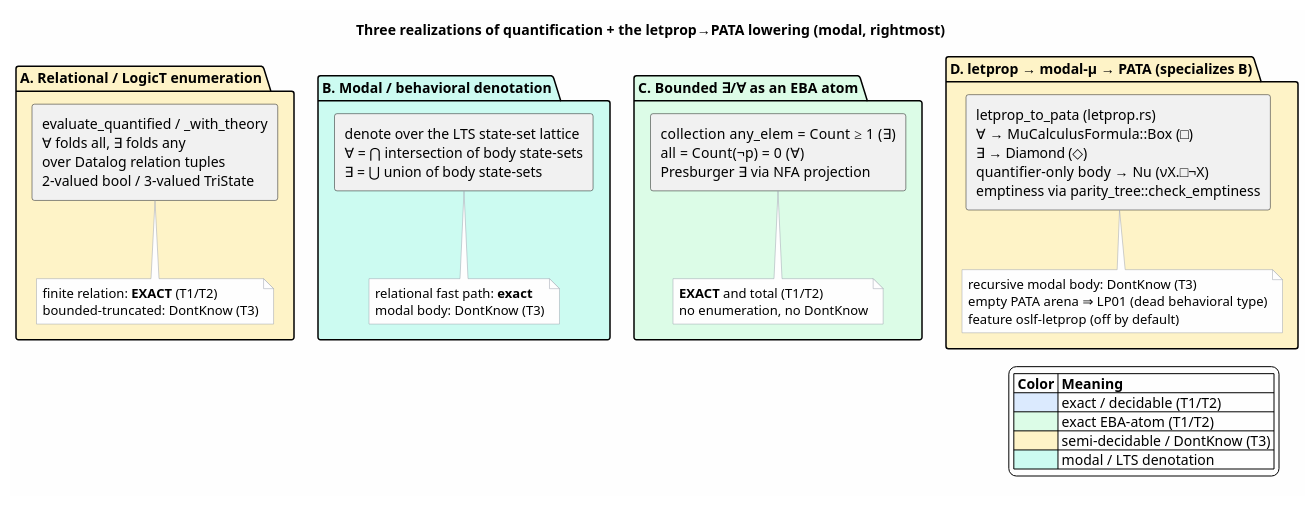
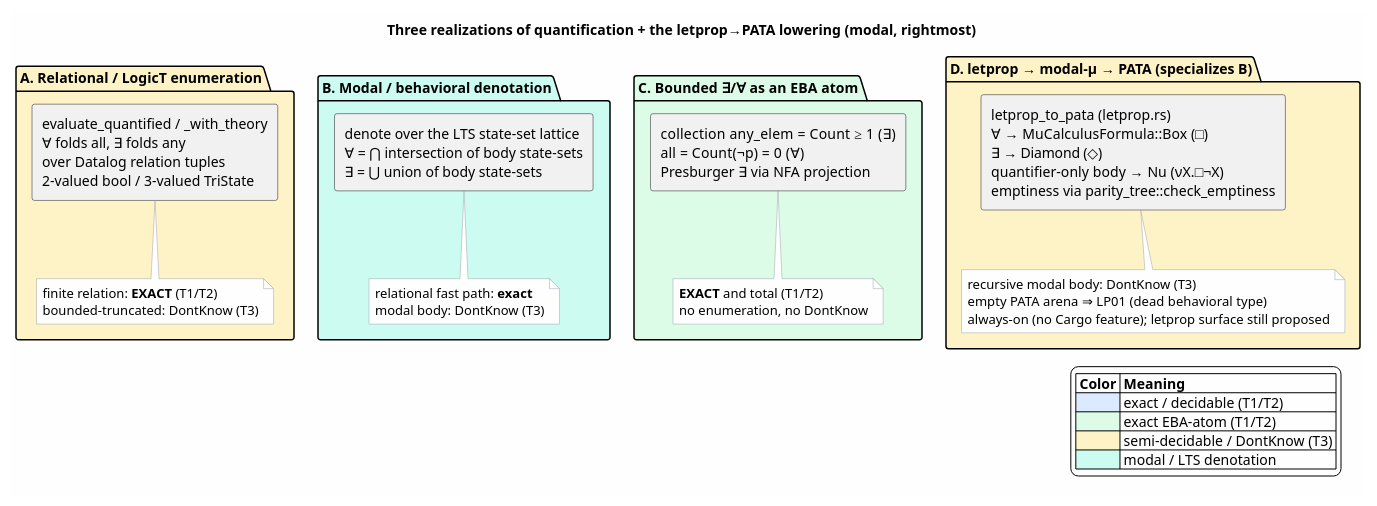
Before and after one commit to F1R3FLY-io/mettail-rust: the diagram in docs/architecture/semantic-predicates/figures/14-three-realizations.puml, drawn with PlantUML. The commit also changed 12 other files, not shown here.

First line of the commit message:
docs(prattail): OSLF precise-only — reflect feature deletion, engines now always-on

```diff
--- a/docs/architecture/semantic-predicates/figures/14-three-realizations.puml
+++ b/docs/architecture/semantic-predicates/figures/14-three-realizations.puml
@@ -1,56 +1,56 @@
 @startuml
 skinparam backgroundColor #FEFEFE
 skinparam shadowing false
 skinparam ArrowColor #374151
 skinparam componentStyle rectangle
 skinparam NoteBackgroundColor #FEFEFE
 skinparam NoteBorderColor #9CA3AF
 
 title Three realizations of quantification + the letprop→PATA lowering (modal, rightmost)
 
 package "A. Relational / LogicT enumeration" #FEF3C7 {
   component "evaluate_quantified / _with_theory\n∀ folds all, ∃ folds any\nover Datalog relation tuples\n2-valued bool / 3-valued TriState" as A
   note bottom of A
     finite relation: **EXACT** (T1/T2)
     bounded-truncated: DontKnow (T3)
   end note
 }
 
 package "B. Modal / behavioral denotation" #CCFBF1 {
   component "denote over the LTS state-set lattice\n∀ = ⋂ intersection of body state-sets\n∃ = ⋃ union of body state-sets" as B
   note bottom of B
     relational fast path: **exact**
     modal body: DontKnow (T3)
   end note
 }
 
 package "C. Bounded ∃/∀ as an EBA atom" #DCFCE7 {
   component "collection any_elem = Count ≥ 1  (∃)\nall = Count(¬p) = 0  (∀)\nPresburger ∃ via NFA projection" as C
   note bottom of C
     **EXACT** and total (T1/T2)
     no enumeration, no DontKnow
   end note
 }
 
 package "D. letprop → modal-μ → PATA (specializes B)" #FEF3C7 {
   component "letprop_to_pata (letprop.rs)\n∀ → MuCalculusFormula::Box (□)\n∃ → Diamond (◇)\nquantifier-only body → Nu (νX.□¬X)\nemptiness via parity_tree::check_emptiness" as D
   note bottom of D
     recursive modal body: DontKnow (T3)
     empty PATA arena ⇒ LP01 (dead behavioral type)
-    feature oslf-letprop (off by default)
+    always-on (no Cargo feature); letprop surface still proposed
   end note
 }
 
 A -[hidden]right- B
 B -[hidden]right- C
 C -[hidden]right- D
 
 legend right
   |= Color |= Meaning |
   |<#DBEAFE>   | exact / decidable (T1/T2) |
   |<#DCFCE7>   | exact EBA-atom (T1/T2) |
   |<#FEF3C7>   | semi-decidable / DontKnow (T3) |
   |<#CCFBF1>   | modal / LTS denotation |
 endlegend
 
 @enduml
```
